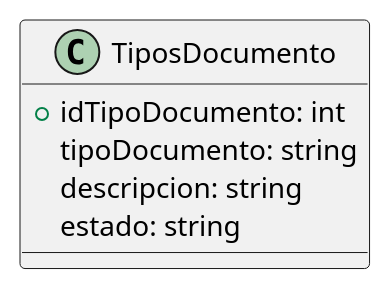
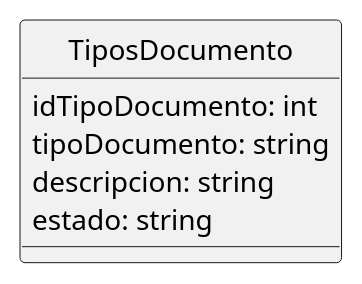
One commit to ZMGestion/DocumentacionZMGestion changed the diagram in DiagramaClases/Clases/TiposDocumento.puml. Above: the diagram before and after it, drawn with PlantUML. The commit also changed 122 other files, not shown here.

```diff
--- a/DiagramaClases/Clases/TiposDocumento.puml
+++ b/DiagramaClases/Clases/TiposDocumento.puml
@@ -1,8 +1,9 @@
 @startuml TiposDocumento
+hide circle
 class TiposDocumento{
-   +idTipoDocumento: int
+   idTipoDocumento: int
    tipoDocumento: string
    descripcion: string
    estado: string
 }
 @enduml
```
